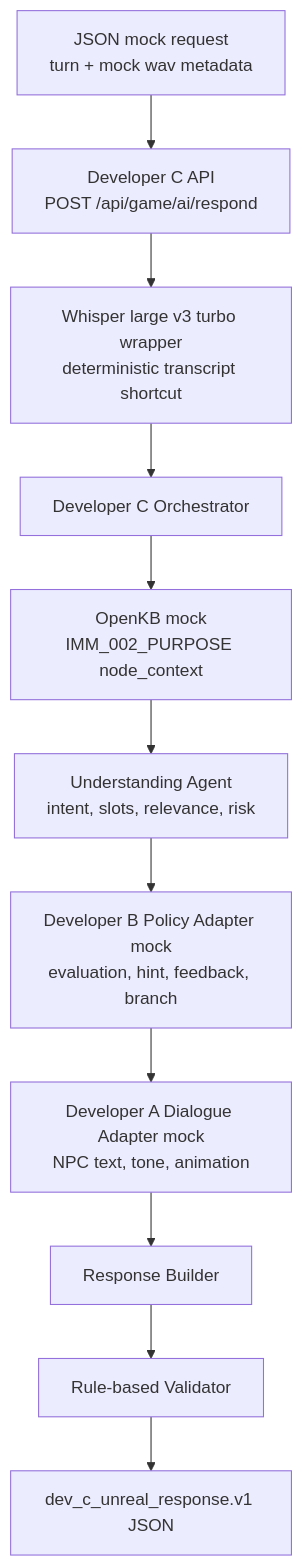
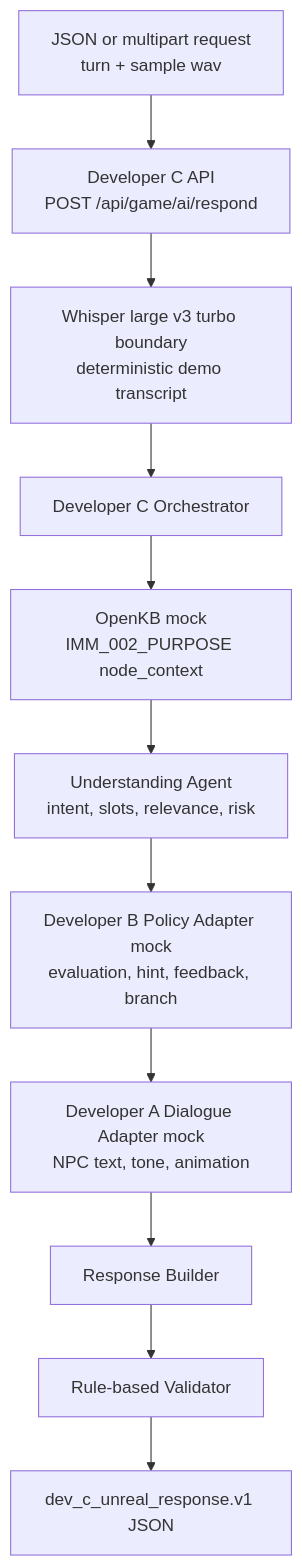
One commit to PotenUP3-04-Synapse3/pj05_Murphy changed the first of 2 diagrams in docs/preprototype_status_demo_plan.md. Above: the diagram before and after it, drawn with Mermaid. The commit also changed other lines of this file and 7 other files, not shown here.

Commit message:
Implement multipart wav demo boundary

````diff
--- a/docs/preprototype_status_demo_plan.md
+++ b/docs/preprototype_status_demo_plan.md
@@ -62,13 +62,13 @@
 ```mermaid
 flowchart TD
-    REQ["JSON mock request<br/>turn + mock wav metadata"] --> API["Developer C API<br/>POST /api/game/ai/respond"]
-    API --> STT["Whisper large v3 turbo wrapper<br/>deterministic transcript shortcut"]
+    REQ["JSON or multipart request<br/>turn + sample wav"] --> API["Developer C API<br/>POST /api/game/ai/respond"]
+    API --> STT["Whisper large v3 turbo boundary<br/>deterministic demo transcript"]
     STT --> ORCH["Developer C Orchestrator"]
     ORCH --> KB["OpenKB mock<br/>IMM_002_PURPOSE node_context"]
     KB --> UA["Understanding Agent<br/>intent, slots, relevance, risk"]
     UA --> B["Developer B Policy Adapter mock<br/>evaluation, hint, feedback, branch"]
     B --> A["Developer A Dialogue Adapter mock<br/>NPC text, tone, animation"]
     A --> RB["Response Builder"]
     RB --> V["Rule-based Validator"]
     V --> OUT["dev_c_unreal_response.v1 JSON"]
 ```
````
